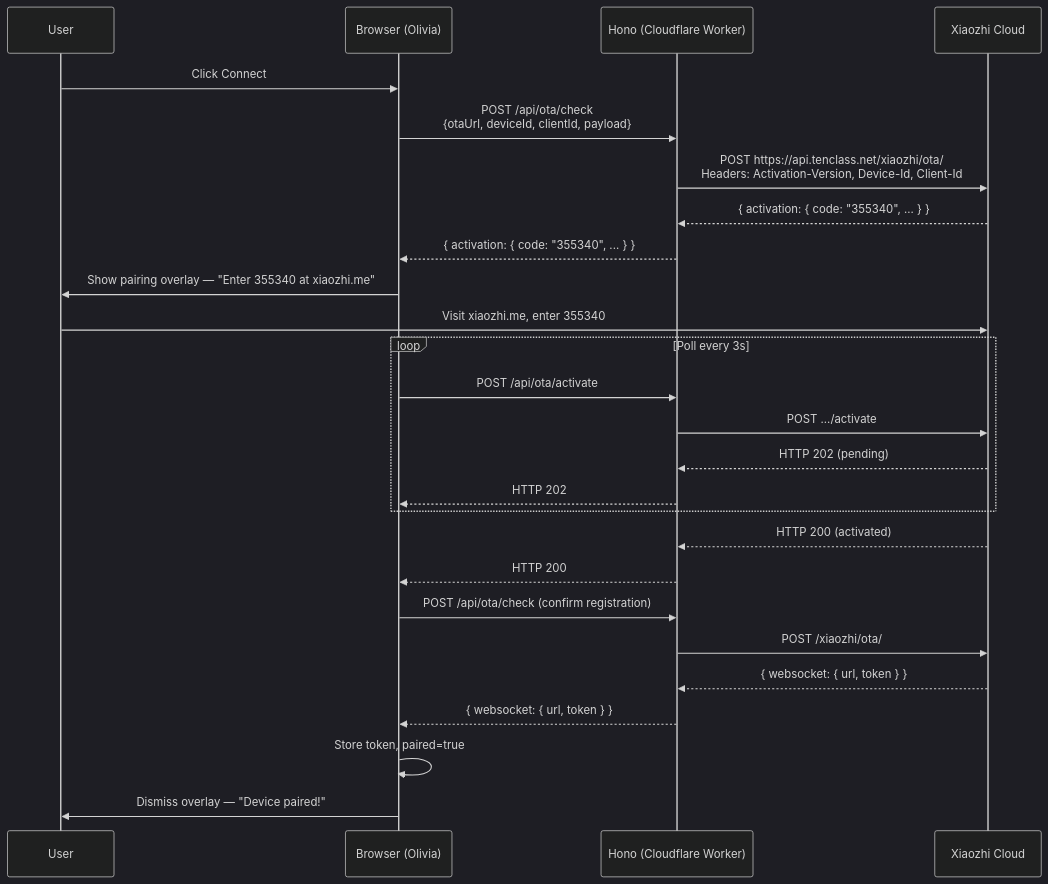
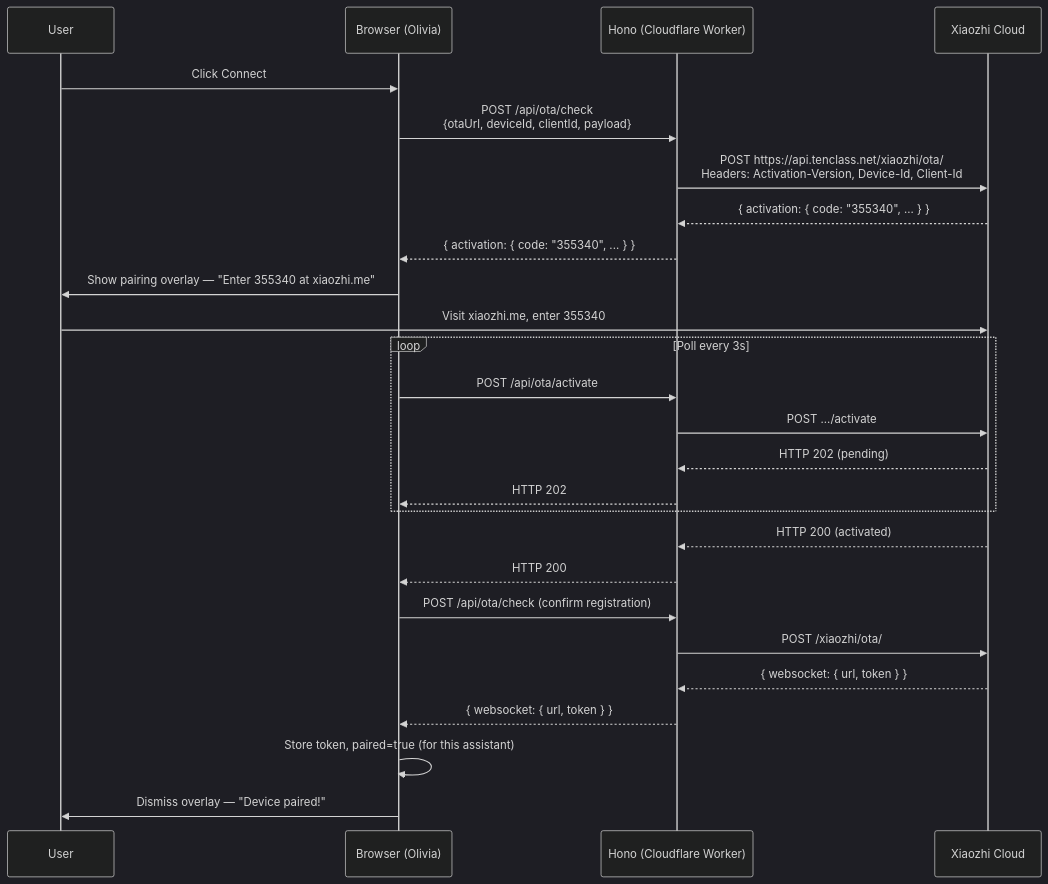
One commit to roalfb/olivia-ai changed the first of 7 diagrams in README.md. Above: the diagram before and after it, drawn with Mermaid (dark theme). The commit also changed other lines of this file and 10 other files, not shown here.

````diff
--- a/README.md
+++ b/README.md
@@ -833,29 +1135,29 @@
 ```mermaid
 sequenceDiagram
     participant U as User
     participant B as Browser (Olivia)
     participant H as Hono (Cloudflare Worker)
     participant X as Xiaozhi Cloud
 
     U->>B: Click Connect
     B->>H: POST /api/ota/check<br/>{otaUrl, deviceId, clientId, payload}
     H->>X: POST https://api.tenclass.net/xiaozhi/ota/<br/>Headers: Activation-Version, Device-Id, Client-Id
     X-->>H: { activation: { code: "355340", ... } }
     H-->>B: { activation: { code: "355340", ... } }
     B->>U: Show pairing overlay — "Enter 355340 at xiaozhi.me"
     U->>X: Visit xiaozhi.me, enter 355340
     loop Poll every 3s
         B->>H: POST /api/ota/activate
         H->>X: POST .../activate
         X-->>H: HTTP 202 (pending)
         H-->>B: HTTP 202
     end
     X-->>H: HTTP 200 (activated)
     H-->>B: HTTP 200
     B->>H: POST /api/ota/check (confirm registration)
     H->>X: POST /xiaozhi/ota/
     X-->>H: { websocket: { url, token } }
     H-->>B: { websocket: { url, token } }
-    B->>B: Store token, paired=true
+    B->>B: Store token, paired=true (for this assistant)
     B->>U: Dismiss overlay — "Device paired!"
 ```
````
